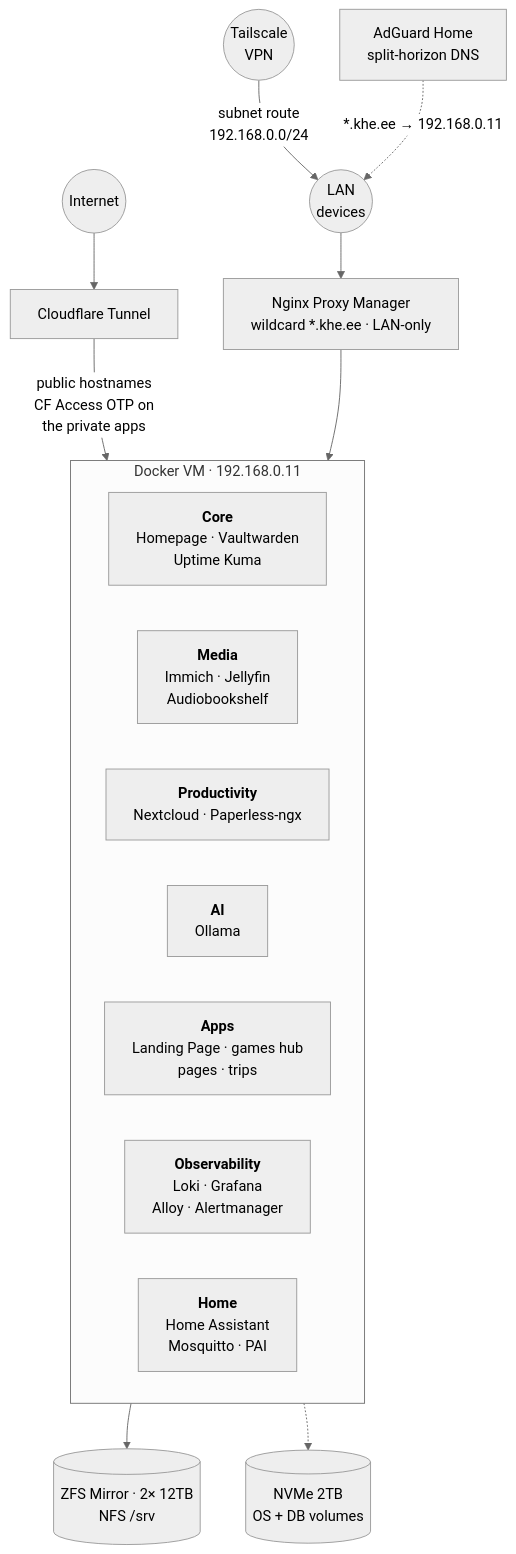
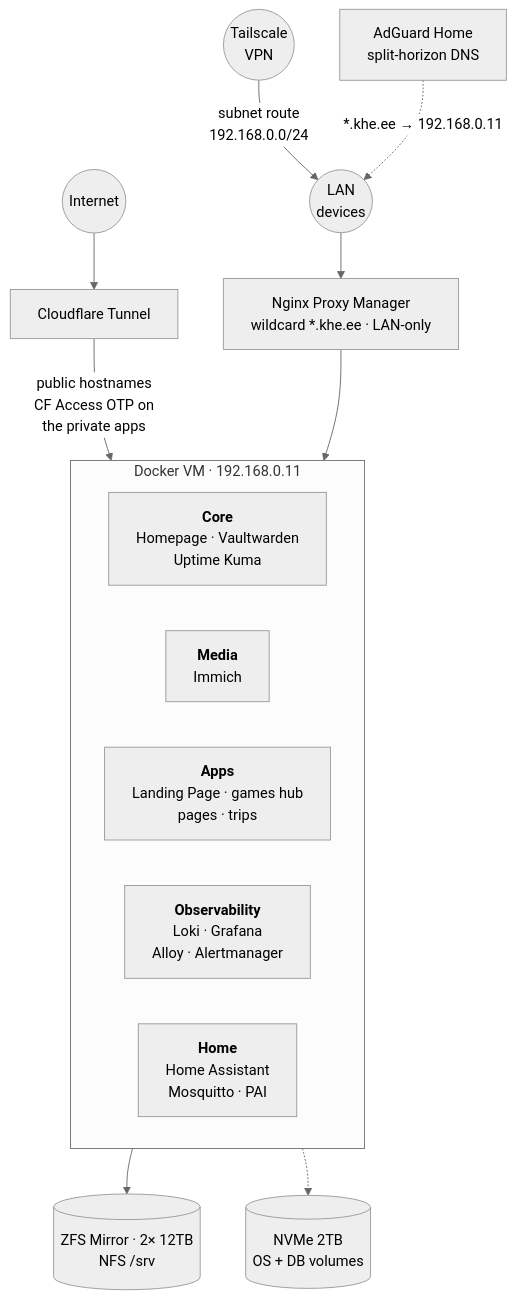
One commit to khelias/khe-homelab changed the diagram in README.md. Above: the diagram before and after it, drawn with Mermaid (neutral theme). The commit also changed other lines of this file and 34 other files, not shown here.

Commit message:
Retire Jellyfin, Audiobookshelf, Paperless-ngx, Nextcloud and Ollama

````diff
--- a/README.md
+++ b/README.md
@@ -7,28 +7,26 @@
 ```mermaid
 graph TB
     Internet((Internet))
     VPN((Tailscale<br/>VPN))
     LAN((LAN<br/>devices))
 
     Internet --> CF[Cloudflare Tunnel]
     VPN -->|subnet route<br/>192.168.0.0/24| LAN
     AG[AdGuard Home<br/>split-horizon DNS] -.->|*.khe.ee → 192.168.0.11| LAN
     LAN --> NPM[Nginx Proxy Manager<br/>wildcard *.khe.ee · LAN-only]
 
     CF -->|public hostnames<br/>CF Access OTP on<br/>the private apps| DVM
     NPM --> DVM
 
     subgraph DVM[Docker VM · 192.168.0.11]
         direction LR
         Core["<b>Core</b><br/>Homepage · Vaultwarden<br/>Uptime Kuma"]
-        Media["<b>Media</b><br/>Immich · Jellyfin<br/>Audiobookshelf"]
-        Prod["<b>Productivity</b><br/>Nextcloud · Paperless-ngx"]
-        AI["<b>AI</b><br/>Ollama"]
+        Media["<b>Media</b><br/>Immich"]
         Apps["<b>Apps</b><br/>Landing Page · games hub<br/>pages · trips"]
         Obs["<b>Observability</b><br/>Loki · Grafana<br/>Alloy · Alertmanager"]
         Home["<b>Home</b><br/>Home Assistant<br/>Mosquitto · PAI"]
     end
 
     DVM --> HDD[(ZFS Mirror · 2× 12TB<br/>NFS /srv)]
     DVM -.-> NVMe[(NVMe 2TB<br/>OS + DB volumes)]
 ```
````
